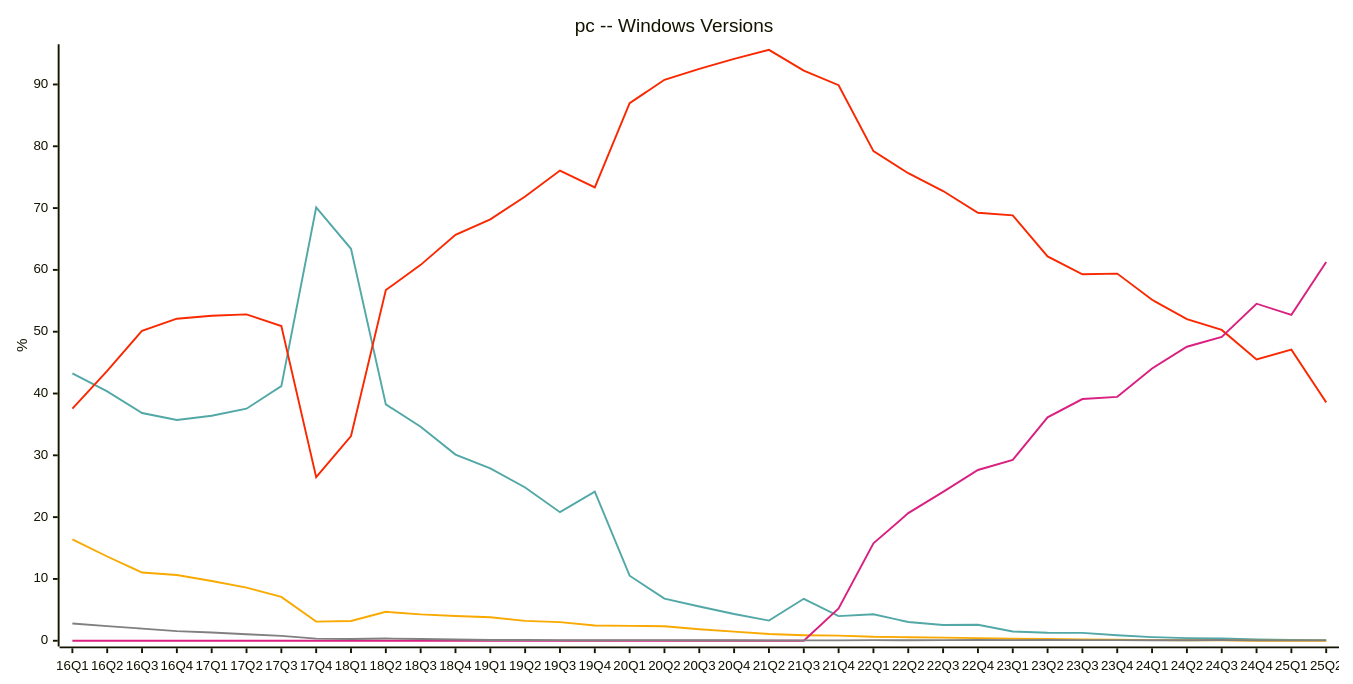
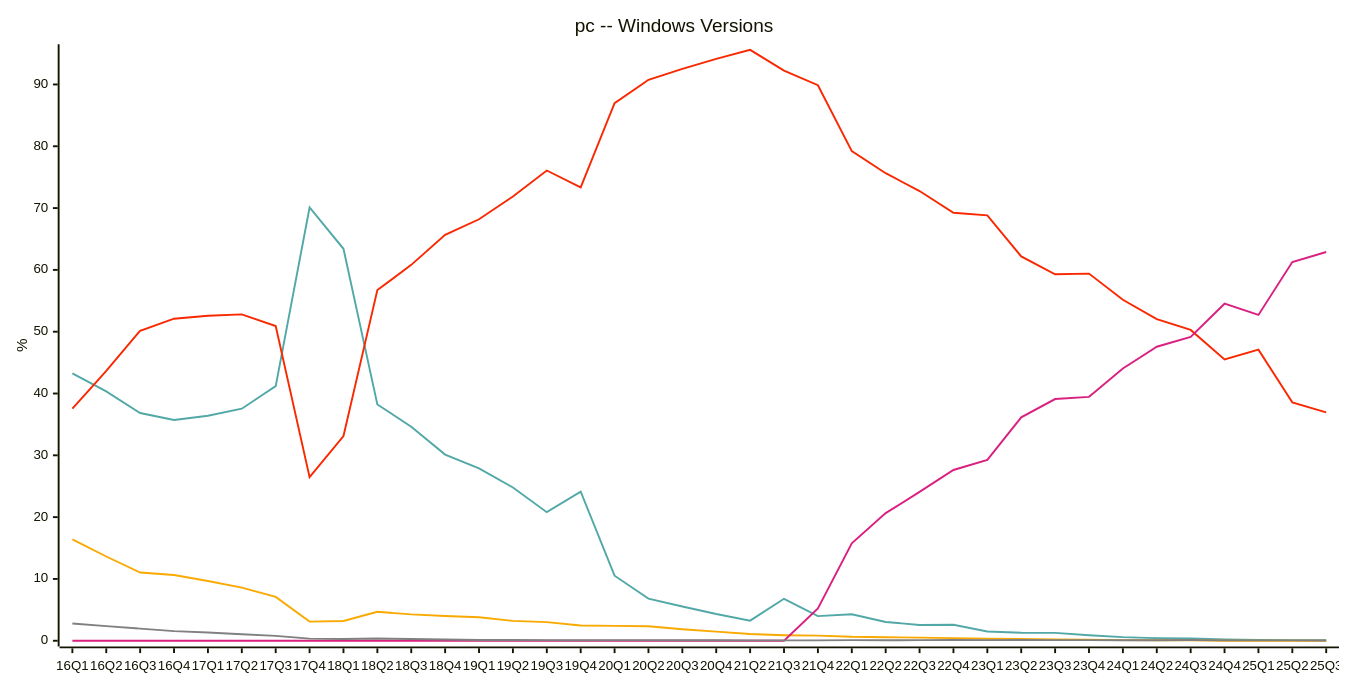
Diagram 11 of 22 in README.md (jdegene/steamHWsurvey), drawn with Mermaid before and after one commit. The commit also changed other lines of this file and 4 other files, not shown here.

````diff
--- a/README.md
+++ b/README.md
@@ -355,23 +355,23 @@
 ```mermaid
 ---
 config:
     xyChart:
         width: 1400
         height: 700
         
     themeVariables:
         xyChart:
             plotColorPalette: "#51a8a6,#f9a900,#f92800,#d92080,#808080"
 
 --- 
 
 xychart-beta
     title "pc -- Windows Versions"
-    x-axis [16Q1, 16Q2, 16Q3, 16Q4, 17Q1, 17Q2, 17Q3, 17Q4, 18Q1, 18Q2, 18Q3, 18Q4, 19Q1, 19Q2, 19Q3, 19Q4, 20Q1, 20Q2, 20Q3, 20Q4, 21Q2, 21Q3, 21Q4, 22Q1, 22Q2, 22Q3, 22Q4, 23Q1, 23Q2, 23Q3, 23Q4, 24Q1, 24Q2, 24Q3, 24Q4, 25Q1, 25Q2]
+    x-axis [16Q1, 16Q2, 16Q3, 16Q4, 17Q1, 17Q2, 17Q3, 17Q4, 18Q1, 18Q2, 18Q3, 18Q4, 19Q1, 19Q2, 19Q3, 19Q4, 20Q1, 20Q2, 20Q3, 20Q4, 21Q2, 21Q3, 21Q4, 22Q1, 22Q2, 22Q3, 22Q4, 23Q1, 23Q2, 23Q3, 23Q4, 24Q1, 24Q2, 24Q3, 24Q4, 25Q1, 25Q2, 25Q3]
     y-axis "%" 
-    line [43.27, 40.343333333333334, 36.843333333333334, 35.709999999999994, 36.405, 37.54666666666667, 41.20333333333333, 70.09666666666666, 63.416666666666664, 38.235, 34.63, 30.119999999999997, 27.889999999999997, 24.795, 20.8, 24.11, 10.525, 6.81, 5.54, 4.32, 3.256666666666667, 6.79, 3.9849999999999994, 4.2749999999999995, 3.043333333333333, 2.5533333333333337, 2.58, 1.4966666666666668, 1.2900000000000003, 1.2766666666666668, 0.8833333333333334, 0.5833333333333334, 0.42, 0.3766666666666667, 0.2033333333333333, 0.12333333333333335, 0.10666666666666665]
-    line [16.403333333333332, 13.63, 11.043333333333333, 10.636666666666667, 9.665, 8.600000000000001, 7.086666666666668, 3.093333333333333, 3.1933333333333334, 4.68, 4.266666666666667, 3.9966666666666666, 3.8033333333333337, 3.2100000000000004, 3.013333333333333, 2.46, 2.405, 2.3433333333333333, 1.8549999999999998, 1.4700000000000002, 1.0833333333333335, 0.8999999999999999, 0.835, 0.6399999999999999, 0.5766666666666667, 0.5033333333333333, 0.4266666666666666, 0.32, 0.27499999999999997, 0.22, 0.15666666666666668, 0.10666666666666665, 0.08333333333333334, 0.075, 0, 0, 0]
-    line [37.54333333333334, 43.65666666666667, 50.15666666666667, 52.10333333333333, 52.580000000000005, 52.80666666666667, 50.913333333333334, 26.47, 33.123333333333335, 56.730000000000004, 60.81333333333333, 65.67, 68.18666666666667, 71.885, 76.07666666666667, 73.33666666666666, 86.98, 90.75333333333333, 92.52, 94.145, 95.6, 92.25, 89.875, 79.21000000000001, 75.64333333333333, 72.75666666666667, 69.23333333333333, 68.82333333333334, 62.17999999999999, 59.296666666666674, 59.4, 55.16, 52.03666666666666, 50.28666666666667, 45.51, 47.099999999999994, 38.56666666666666]
-    line [0, 0, 0, 0, 0, 0, 0, 0, 0, 0, 0, 0, 0, 0, 0, 0, 0, 0, 0, 0, 0, 0, 5.244999999999999, 15.770000000000001, 20.65, 24.08, 27.63, 29.26, 36.150000000000006, 39.10333333333333, 39.46333333333333, 44.06, 47.57, 49.169999999999995, 54.53, 52.72, 61.26999999999999]
-    line [2.7866666666666666, 2.37, 1.9633333333333332, 1.55, 1.345, 1.0466666666666666, 0.7966666666666667, 0.3433333333333333, 0.27666666666666667, 0.355, 0.27666666666666667, 0.2133333333333333, 0.11666666666666668, 0.10999999999999999, 0.10666666666666667, 0.09000000000000001, 0.1, 0.09666666666666665, 0.085, 0.06999999999999999, 0.05333333333333332, 0.06, 0.06, 0.1, 0.08666666666666667, 0.1, 0.12666666666666665, 0.09333333333333334, 0.10999999999999999, 0.1, 0.10666666666666667, 0.08666666666666667, 0.08, 0.11666666666666668, 0.06666666666666667, 0.05666666666666666, 0.05333333333333332]
+    line [43.27, 40.343333333333334, 36.843333333333334, 35.709999999999994, 36.405, 37.54666666666667, 41.20333333333333, 70.09666666666666, 63.416666666666664, 38.235, 34.63, 30.119999999999997, 27.889999999999997, 24.795, 20.8, 24.11, 10.525, 6.81, 5.54, 4.32, 3.256666666666667, 6.79, 3.9849999999999994, 4.2749999999999995, 3.043333333333333, 2.5533333333333337, 2.58, 1.4966666666666668, 1.2900000000000003, 1.2766666666666668, 0.8833333333333334, 0.5833333333333334, 0.42, 0.3766666666666667, 0.2033333333333333, 0.12333333333333335, 0.10666666666666665, 0.09]
+    line [16.403333333333332, 13.63, 11.043333333333333, 10.636666666666667, 9.665, 8.600000000000001, 7.086666666666668, 3.093333333333333, 3.1933333333333334, 4.68, 4.266666666666667, 3.9966666666666666, 3.8033333333333337, 3.2100000000000004, 3.013333333333333, 2.46, 2.405, 2.3433333333333333, 1.8549999999999998, 1.4700000000000002, 1.0833333333333335, 0.8999999999999999, 0.835, 0.6399999999999999, 0.5766666666666667, 0.5033333333333333, 0.4266666666666666, 0.32, 0.27499999999999997, 0.22, 0.15666666666666668, 0.10666666666666665, 0.08333333333333334, 0.075, 0, 0, 0, 0]
+    line [37.54333333333334, 43.65666666666667, 50.15666666666667, 52.10333333333333, 52.580000000000005, 52.80666666666667, 50.913333333333334, 26.47, 33.123333333333335, 56.730000000000004, 60.81333333333333, 65.67, 68.18666666666667, 71.885, 76.07666666666667, 73.33666666666666, 86.98, 90.75333333333333, 92.52, 94.145, 95.6, 92.25, 89.875, 79.21000000000001, 75.64333333333333, 72.75666666666667, 69.23333333333333, 68.82333333333334, 62.17999999999999, 59.296666666666674, 59.4, 55.16, 52.03666666666666, 50.28666666666667, 45.51, 47.099999999999994, 38.56666666666666, 36.96]
+    line [0, 0, 0, 0, 0, 0, 0, 0, 0, 0, 0, 0, 0, 0, 0, 0, 0, 0, 0, 0, 0, 0, 5.244999999999999, 15.770000000000001, 20.65, 24.08, 27.63, 29.26, 36.150000000000006, 39.10333333333333, 39.46333333333333, 44.06, 47.57, 49.169999999999995, 54.53, 52.72, 61.26999999999999, 62.9]
+    line [2.7866666666666666, 2.37, 1.9633333333333332, 1.55, 1.345, 1.0466666666666666, 0.7966666666666667, 0.3433333333333333, 0.27666666666666667, 0.355, 0.27666666666666667, 0.2133333333333333, 0.11666666666666668, 0.10999999999999999, 0.10666666666666667, 0.09000000000000001, 0.1, 0.09666666666666665, 0.085, 0.06999999999999999, 0.05333333333333332, 0.06, 0.06, 0.1, 0.08666666666666667, 0.1, 0.12666666666666665, 0.09333333333333334, 0.10999999999999999, 0.1, 0.10666666666666667, 0.08666666666666667, 0.08, 0.11666666666666668, 0.06666666666666667, 0.05666666666666666, 0.05333333333333332, 0.05]
 ``` 
````
